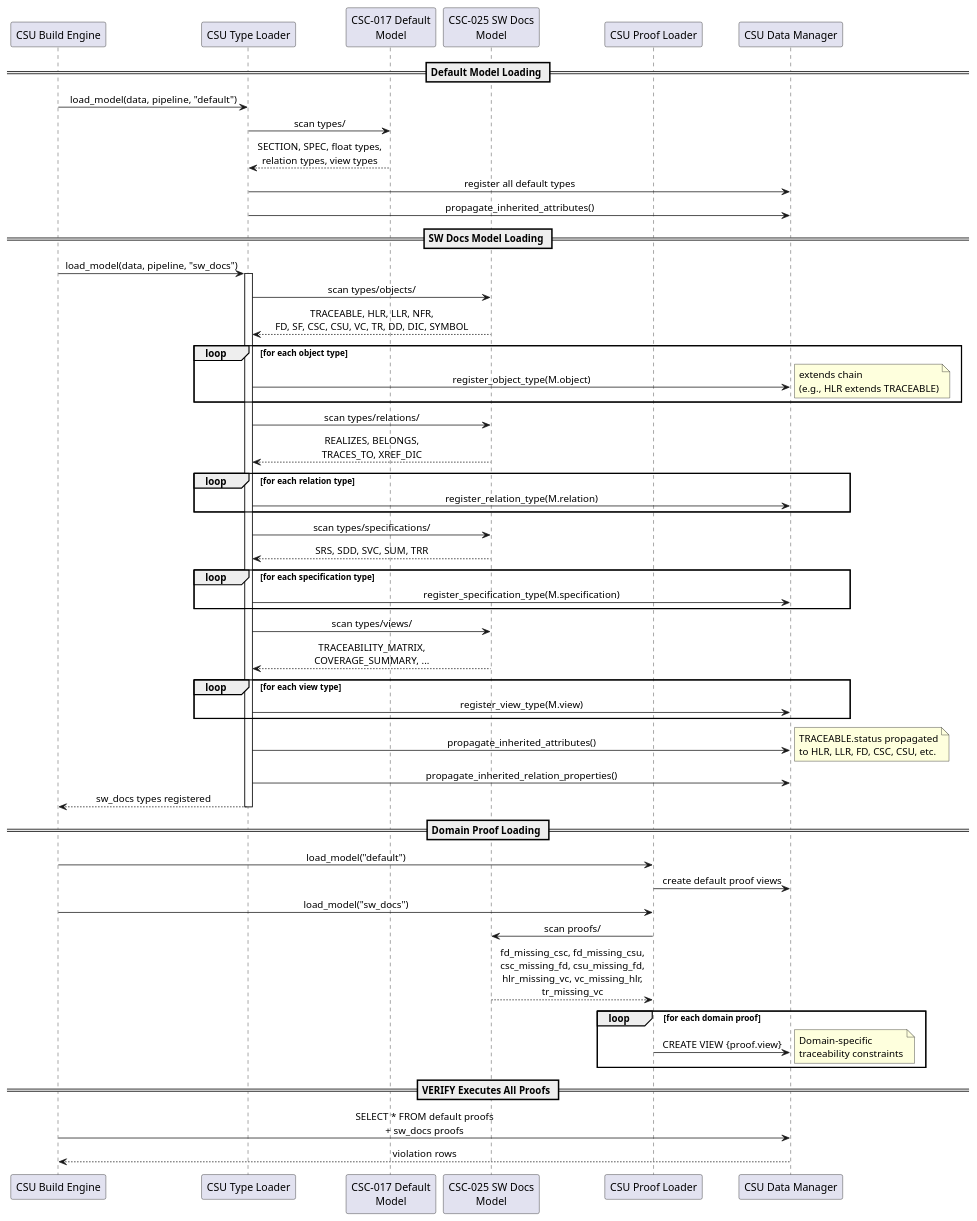
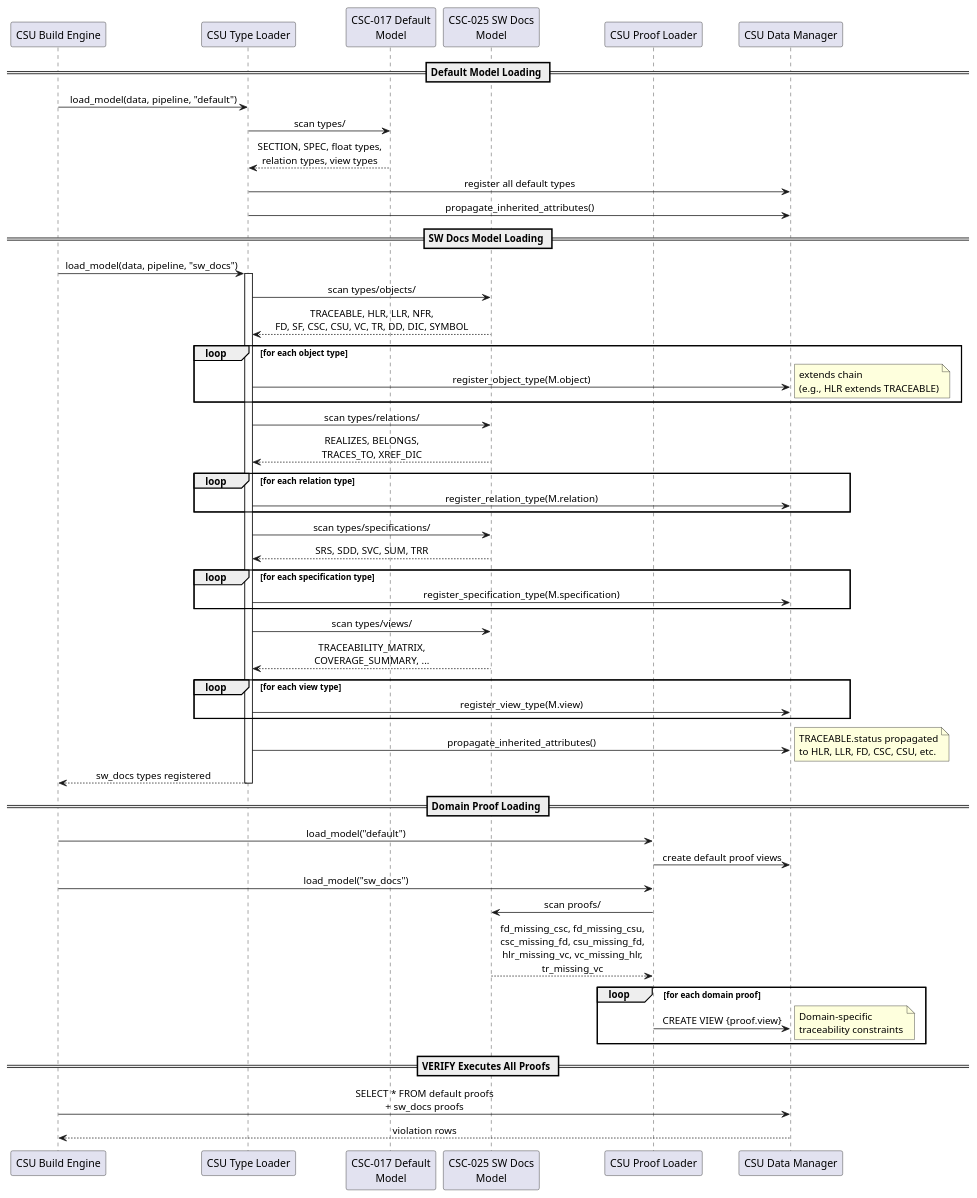
The diagram in docs/engineering_docs/architecture/sw_docs_model_design.md (SpecIR/SpecCompiler), drawn with PlantUML before and after one commit. The commit also changed 167 other files, not shown here.

````diff
--- a/docs/engineering_docs/architecture/sw_docs_model_design.md
+++ b/docs/engineering_docs/architecture/sw_docs_model_design.md
@@ -90,71 +90,70 @@
 ```puml:fd-007-sw-docs{caption="Software Documentation Domain Model"}
 @startuml
 skinparam backgroundColor #FFFFFF
 skinparam sequenceMessageAlign center
 
 participant "CSU Build Engine" as E
 participant "CSU Type Loader" as TL
 participant "CSC-017 Default\nModel" as DEF
 participant "CSC-025 SW Docs\nModel" as SW
 participant "CSU Proof Loader" as PL
 participant "CSU Data Manager" as DB
 
 == Default Model Loading ==
 E -> TL: load_model(data, pipeline, "default")
 TL -> DEF: scan types/
 DEF --> TL: SECTION, SPEC, float types,\nrelation types, view types
 TL -> DB: register all default types
 TL -> DB: propagate_inherited_attributes()
 
 == SW Docs Model Loading ==
 E -> TL: load_model(data, pipeline, "sw_docs")
 activate TL
 
 TL -> SW: scan types/objects/
 SW --> TL: TRACEABLE, HLR, LLR, NFR,\nFD, SF, CSC, CSU, VC, TR, DD, DIC, SYMBOL
 loop for each object type
     TL -> DB: register_object_type(M.object)
     note right: extends chain\n(e.g., HLR extends TRACEABLE)
 end
 
 TL -> SW: scan types/relations/
 SW --> TL: REALIZES, BELONGS,\nTRACES_TO, XREF_DIC
 loop for each relation type
     TL -> DB: register_relation_type(M.relation)
 end
 
 TL -> SW: scan types/specifications/
 SW --> TL: SRS, SDD, SVC, SUM, TRR
 loop for each specification type
     TL -> DB: register_specification_type(M.specification)
 end
 
 TL -> SW: scan types/views/
 SW --> TL: TRACEABILITY_MATRIX,\nCOVERAGE_SUMMARY, ...
 loop for each view type
     TL -> DB: register_view_type(M.view)
 end
 
 TL -> DB: propagate_inherited_attributes()
 note right: TRACEABLE.status propagated\nto HLR, LLR, FD, CSC, CSU, etc.
-TL -> DB: propagate_inherited_relation_properties()
 TL --> E: sw_docs types registered
 deactivate TL
 
 == Domain Proof Loading ==
 E -> PL: load_model("default")
 PL -> DB: create default proof views
 
 E -> PL: load_model("sw_docs")
 PL -> SW: scan proofs/
 SW --> PL: fd_missing_csc, fd_missing_csu,\ncsc_missing_fd, csu_missing_fd,\nhlr_missing_vc, vc_missing_hlr,\ntr_missing_vc
 loop for each domain proof
     PL -> DB: CREATE VIEW {proof.view}
     note right: Domain-specific\ntraceability constraints
 end
 
 == VERIFY Executes All Proofs ==
 E -> DB: SELECT * FROM default proofs\n+ sw_docs proofs
 DB --> E: violation rows
 @enduml
 ```
````
